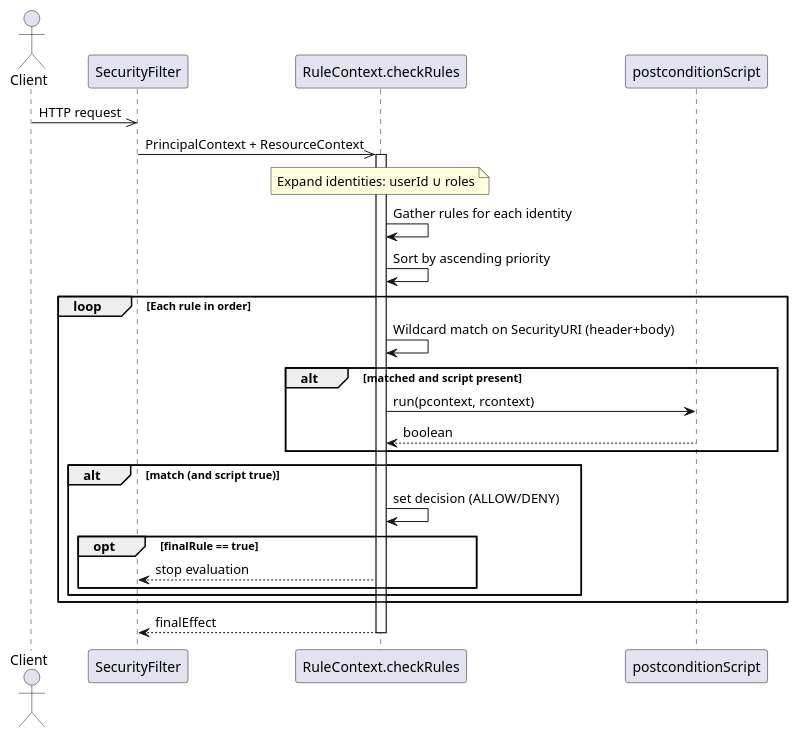
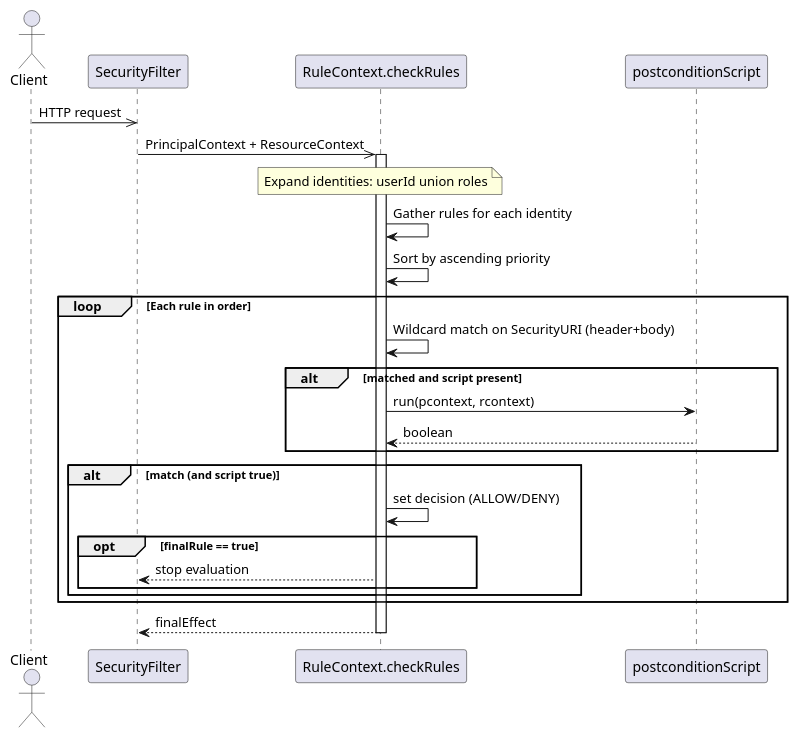
The third of 10 diagrams in quantum-docs/src/docs/asciidoc/user-guide/permissions.adoc (end2endlogic-com/quantum-framework), drawn with PlantUML before and after one commit. The commit also changed other lines of this file and 11 other files, not shown here.

```diff
--- a/quantum-docs/src/docs/asciidoc/user-guide/permissions.adoc
+++ b/quantum-docs/src/docs/asciidoc/user-guide/permissions.adoc
@@ -158,31 +158,31 @@
 [plantuml]
 ....
 @startuml
 actor Client
 participant SecurityFilter
 participant "RuleContext.checkRules" as RuleContext
 participant "postconditionScript" as Script
 
 Client ->> SecurityFilter: HTTP request
 SecurityFilter ->> RuleContext: PrincipalContext + ResourceContext
 activate RuleContext
-note over RuleContext: Expand identities: userId ∪ roles
+note over RuleContext: Expand identities: userId union roles
 RuleContext -> RuleContext: Gather rules for each identity
 RuleContext -> RuleContext: Sort by ascending priority
 loop Each rule in order
   RuleContext -> RuleContext: Wildcard match on SecurityURI (header+body)
   alt matched and script present
     RuleContext -> Script: run(pcontext, rcontext)
     Script --> RuleContext: boolean
   end
   alt match (and script true)
     RuleContext -> RuleContext: set decision (ALLOW/DENY)
     opt finalRule == true
       RuleContext --> SecurityFilter: stop evaluation
     end
   end
 end
 RuleContext --> SecurityFilter: finalEffect
 deactivate RuleContext
 @enduml
 ....
```
